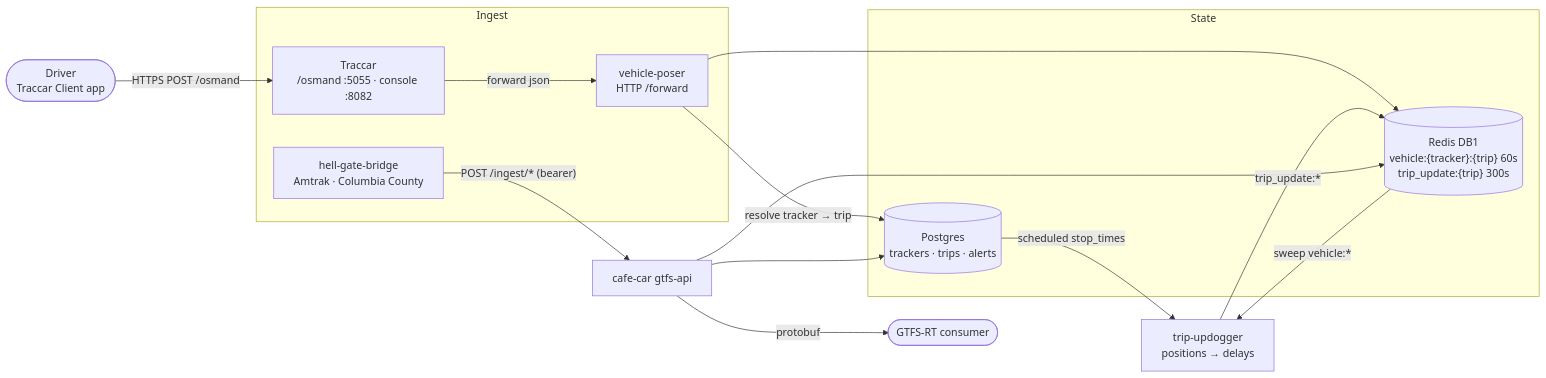
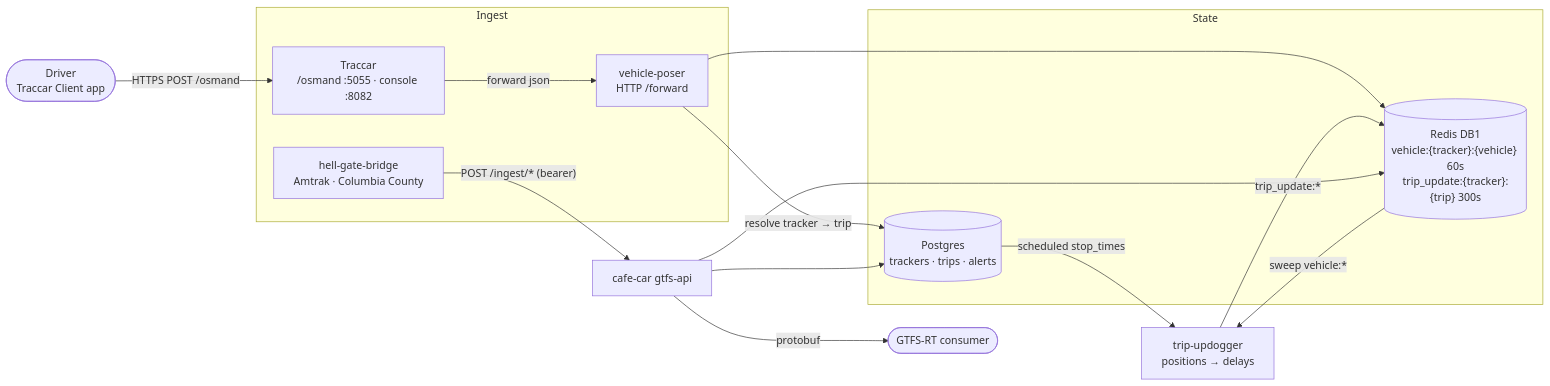
One commit to gtfs-zone/deploy-gtfs-rt changed the sixth of 7 diagrams in README.md. Above: the diagram before and after it, drawn with Mermaid. The commit also changed other lines of this file and 2 other files, not shown here.

First line of the commit message:
docs: correct the Redis key shapes for the per-vehicle re-key

````diff
--- a/README.md
+++ b/README.md
@@ -395,31 +395,31 @@
 ```mermaid
 flowchart LR
     driver(["Driver<br>Traccar Client app"])
 
     subgraph ingest["Ingest"]
         traccar["Traccar<br>/osmand :5055 · console :8082"]
         vp["vehicle-poser<br>HTTP /forward"]
         hgb["hell-gate-bridge<br>Amtrak · Columbia County"]
     end
 
     subgraph store["State"]
-        redis[("Redis DB1<br>vehicle:{tracker}:{trip} 60s<br>trip_update:{trip} 300s")]
+        redis[("Redis DB1<br>vehicle:{tracker}:{vehicle} 60s<br>trip_update:{tracker}:{trip} 300s")]
         pg[("Postgres<br>trackers · trips · alerts")]
     end
 
     tu["trip-updogger<br>positions → delays"]
     api["cafe-car gtfs-api"]
     consumer(["GTFS-RT consumer"])
 
     driver -->|"HTTPS POST /osmand"| traccar
     traccar -->|"forward json"| vp
     vp -->|"resolve tracker → trip"| pg
     vp --> redis
     redis -->|"sweep vehicle:*"| tu
     pg -->|"scheduled stop_times"| tu
     tu -->|"trip_update:*"| redis
     hgb -->|"POST /ingest/* (bearer)"| api
     api --> redis
     api --> pg
     api -->|"protobuf"| consumer
 ```
````
